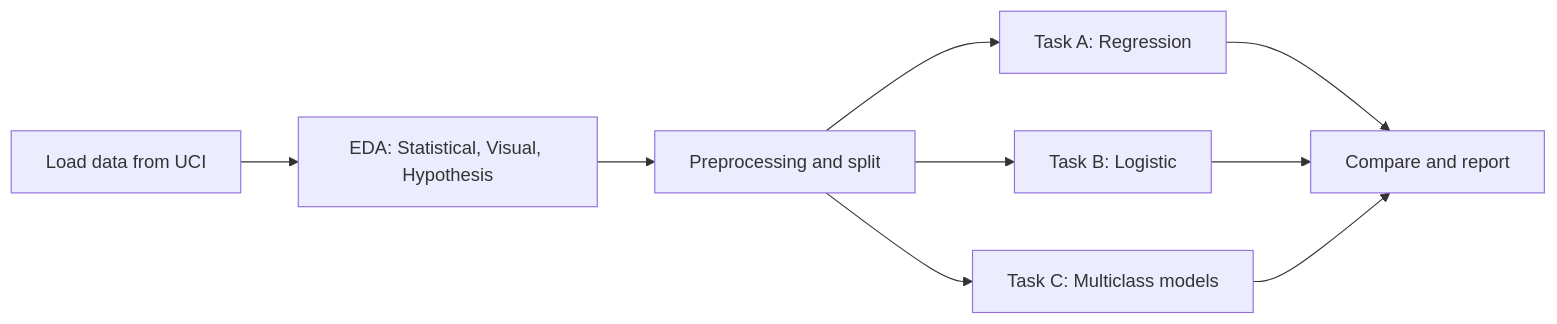
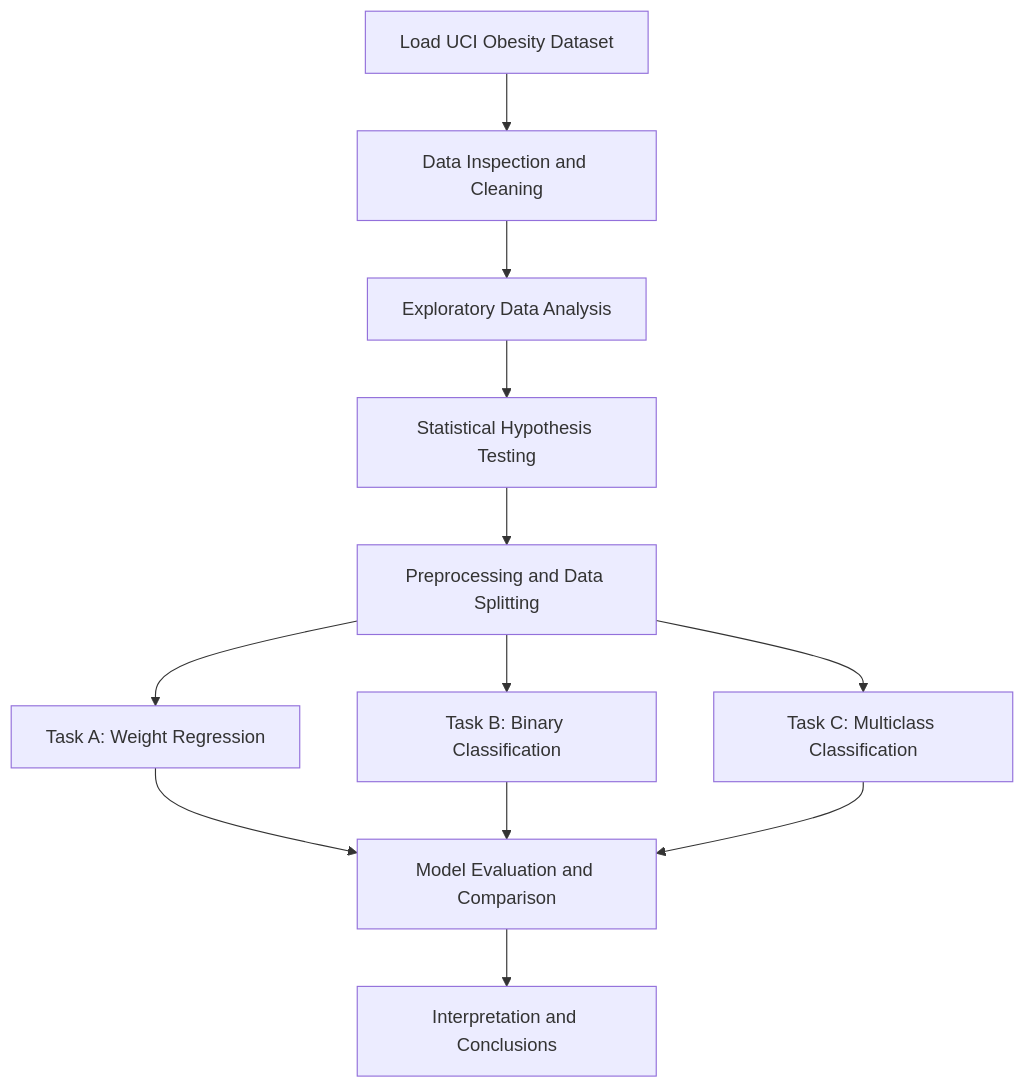
The diagram in README.md (amitrider1289-netizen/Agile_AI_DS), drawn with Mermaid before and after one commit. The commit also changed other lines of this file, not shown here.

````diff
--- a/README.md
+++ b/README.md
@@ -80,11 +116,14 @@
 ```mermaid
-flowchart LR
-    A[Load data from UCI] --> B[EDA: Statistical, Visual, Hypothesis]
-    B --> C[Preprocessing and split]
-    C --> D[Task A: Regression]
-    C --> E[Task B: Logistic]
-    C --> F[Task C: Multiclass models]
-    D --> G[Compare and report]
-    E --> G
-    F --> G
+flowchart TD
+    A[Load UCI Obesity Dataset] --> B[Data Inspection and Cleaning]
+    B --> C[Exploratory Data Analysis]
+    C --> D[Statistical Hypothesis Testing]
+    D --> E[Preprocessing and Data Splitting]
+    E --> F[Task A: Weight Regression]
+    E --> G[Task B: Binary Classification]
+    E --> H[Task C: Multiclass Classification]
+    F --> I[Model Evaluation and Comparison]
+    G --> I
+    H --> I
+    I --> J[Interpretation and Conclusions]
 ```
````
